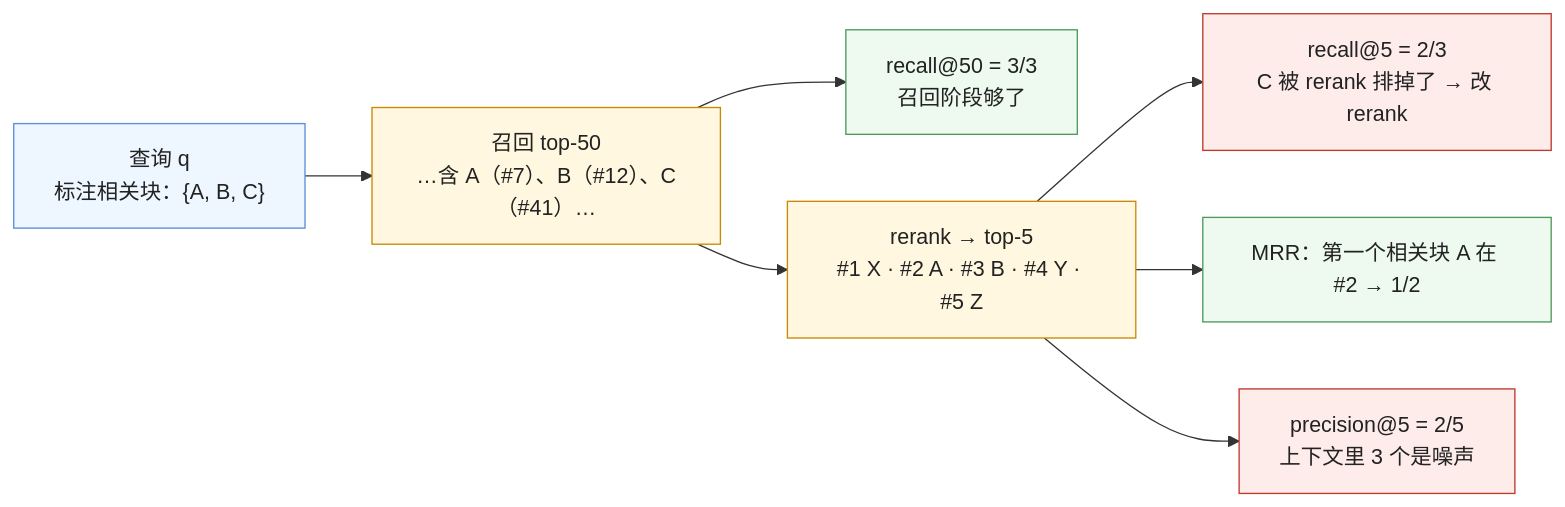
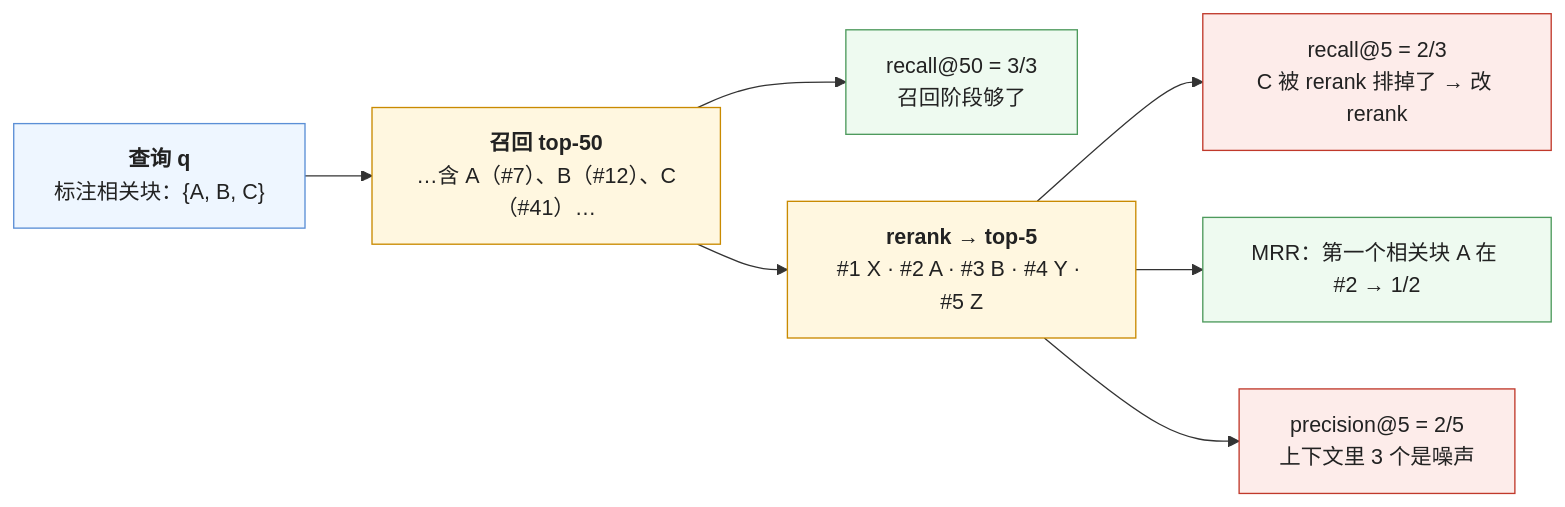
One commit to arganzheng/arganzheng.github.com changed the second of 6 diagrams in _posts/2026-10-19-retrieval-evaluation-and-operations.md. Above: the diagram before and after it, drawn with Mermaid. The commit also changed other lines of this file and 7 other files, not shown here.

First line of the commit message:
检索与知识接入：私域知识怎么进入模型：Mermaid 多行方框的首行标为标题（8 篇）

````diff
--- a/_posts/2026-10-19-retrieval-evaluation-and-operations.md
+++ b/_posts/2026-10-19-retrieval-evaluation-and-operations.md
@@ -62,18 +62,18 @@
 ```mermaid
 %% 图：一条查询的 recall@k 算例——标注的相关块是 {A, B, C}；召回阶段 top-50 里有 A、B、C 三个 → recall@50 = 3/3；rerank 后 top-5 里只有 A、B → recall@5 = 2/3；MRR 看第一个相关块的名次：A 排第 2 → 1/2；两个 recall 分开看才知道该改召回还是改 rerank
 flowchart LR
-    Q["查询 q<br/>标注相关块：{A, B, C}"] --> R50["召回 top-50<br/>…含 A（#7）、B（#12）、C（#41）…"]
+    Q["<b>查询 q</b><br/>标注相关块：{A, B, C}"] --> R50["<b>召回 top-50</b><br/>…含 A（#7）、B（#12）、C（#41）…"]
     R50 --> M1["recall@50 = 3/3<br/>召回阶段够了"]
-    R50 --> RR["rerank → top-5<br/>#1 X · #2 A · #3 B · #4 Y · #5 Z"]
+    R50 --> RR["<b>rerank → top-5</b><br/>#1 X · #2 A · #3 B · #4 Y · #5 Z"]
     RR --> M2["recall@5 = 2/3<br/>C 被 rerank 排掉了 → 改 rerank"]
     RR --> M3["MRR：第一个相关块 A 在 #2 → 1/2"]
     RR --> M4["precision@5 = 2/5<br/>上下文里 3 个是噪声"]
     classDef q fill:#eef6ff,stroke:#5b8fd6,color:#222
     classDef step fill:#fff7e0,stroke:#c98a00,color:#222
     classDef ok fill:#eefaf0,stroke:#4d9a5c,color:#222
     classDef bad fill:#fdecea,stroke:#c0392b,color:#222
     class Q q
     class R50,RR step
     class M1,M3 ok
     class M2,M4 bad
 ```
````
